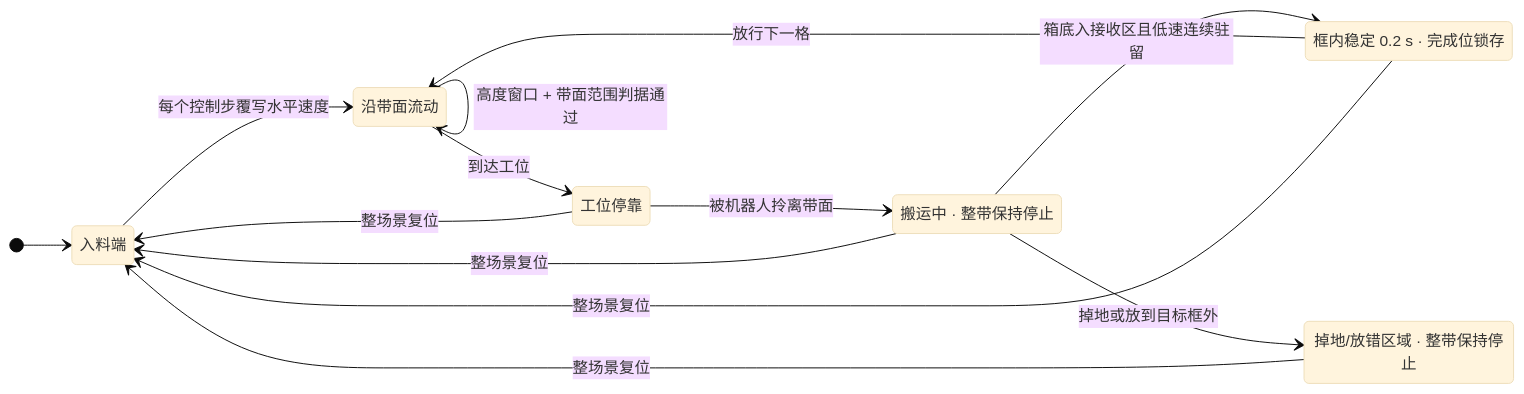
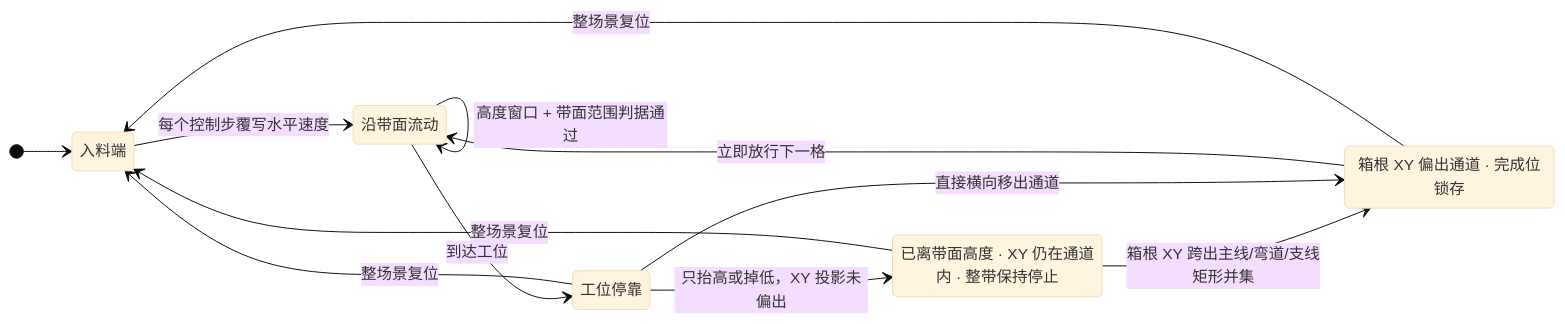
Before and after one commit to xiaoyang00001/unitree_sim_isaaclab: the sixth of 6 diagrams in doc/ar_conveyor_runtime_zh.md, drawn with Mermaid (base theme). The commit also changed other lines of this file and 9 other files, not shown here.

````diff
--- a/doc/ar_conveyor_runtime_zh.md
+++ b/doc/ar_conveyor_runtime_zh.md
@@ -223,23 +223,21 @@
 ```mermaid
 stateDiagram-v2
   direction LR
   [*] --> INFEED
   INFEED: 入料端
   FLOW: 沿带面流动
   STATION: 工位停靠
-  CARRY: 搬运中 · 整带保持停止
-  SORTED: 框内稳定 0.2 s · 完成位锁存
-  MISSED: 掉地/放错区域 · 整带保持停止
+  OVER_CORRIDOR: 已离带面高度 · XY 仍在通道内 · 整带保持停止
+  DEPARTED: 箱根 XY 偏出通道 · 完成位锁存
 
   INFEED --> FLOW: 每个控制步覆写水平速度
   FLOW --> FLOW: 高度窗口 + 带面范围判据通过
   FLOW --> STATION: 到达工位
-  STATION --> CARRY: 被机器人拎离带面
-  CARRY --> SORTED: 箱底入接收区且低速连续驻留
-  CARRY --> MISSED: 掉地或放到目标框外
-  SORTED --> FLOW: 放行下一格
+  STATION --> OVER_CORRIDOR: 只抬高或掉低，XY 投影未偏出
+  OVER_CORRIDOR --> DEPARTED: 箱根 XY 跨出主线/弯道/支线矩形并集
+  STATION --> DEPARTED: 直接横向移出通道
+  DEPARTED --> FLOW: 立即放行下一格
   STATION --> INFEED: 整场景复位
-  CARRY --> INFEED: 整场景复位
-  SORTED --> INFEED: 整场景复位
-  MISSED --> INFEED: 整场景复位
+  OVER_CORRIDOR --> INFEED: 整场景复位
+  DEPARTED --> INFEED: 整场景复位
 ```
````
